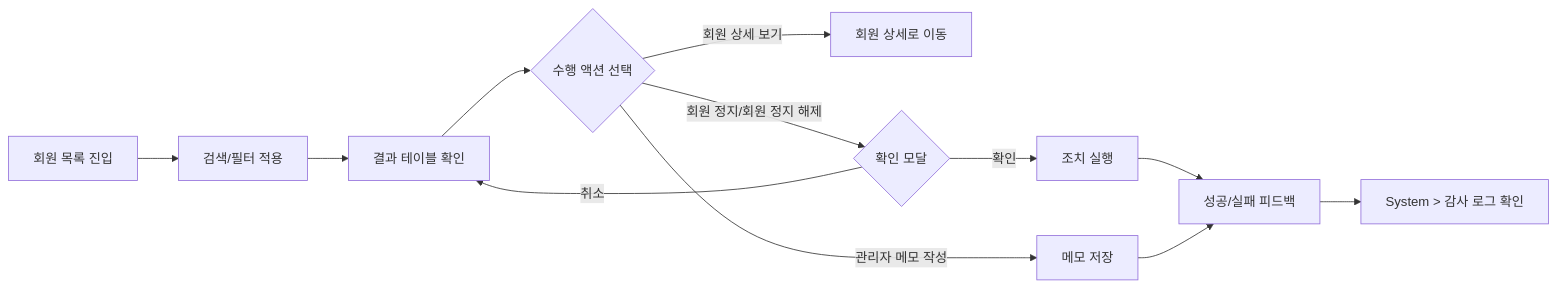
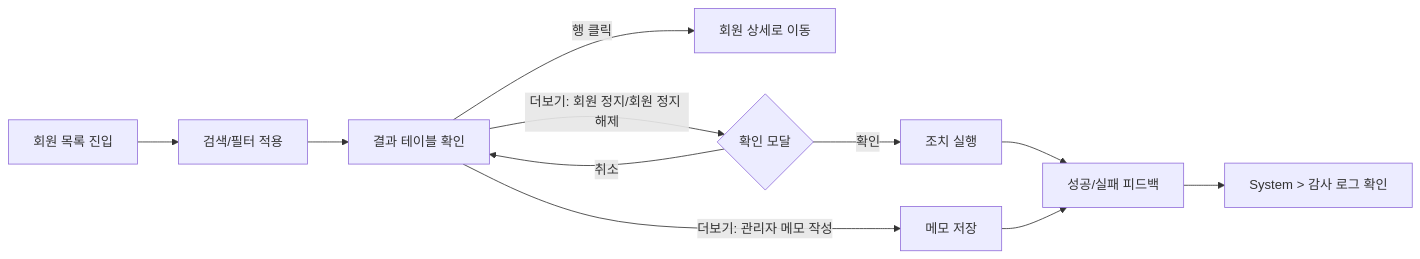
The first of 8 diagrams in docs/specs/admin-page-flows-mermaid.md (blackstarzck/topik-ai), drawn with Mermaid before and after one commit. The commit also changed other lines of this file and 47 other files, not shown here.

````diff
--- a/docs/specs/admin-page-flows-mermaid.md
+++ b/docs/specs/admin-page-flows-mermaid.md
@@ -30,14 +30,13 @@
 ```mermaid
 flowchart LR
   A[회원 목록 진입] --> B[검색/필터 적용]
   B --> C[결과 테이블 확인]
-  C --> D{수행 액션 선택}
-  D -->|회원 상세 보기| E[회원 상세로 이동]
-  D -->|회원 정지/회원 정지 해제| F{확인 모달}
-  D -->|관리자 메모 작성| G[메모 저장]
+  C -->|행 클릭| E[회원 상세로 이동]
+  C -->|더보기: 회원 정지/회원 정지 해제| F{확인 모달}
+  C -->|더보기: 관리자 메모 작성| G[메모 저장]
   F -->|확인| H[조치 실행]
   F -->|취소| C
   H --> I[성공/실패 피드백]
   G --> I
   I --> J[System > 감사 로그 확인]
 ```
````
